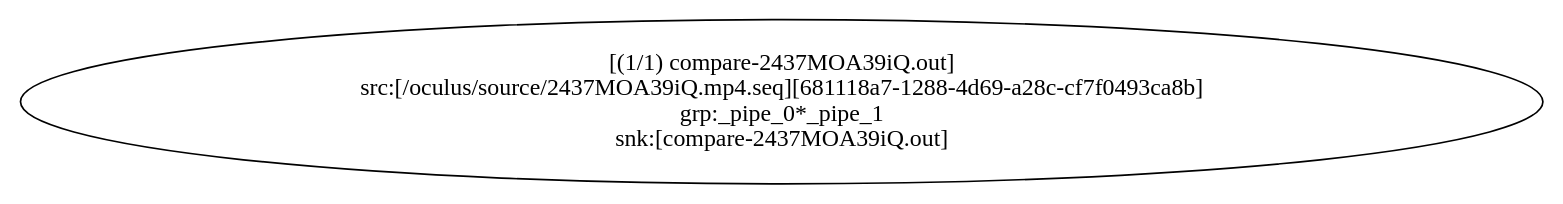
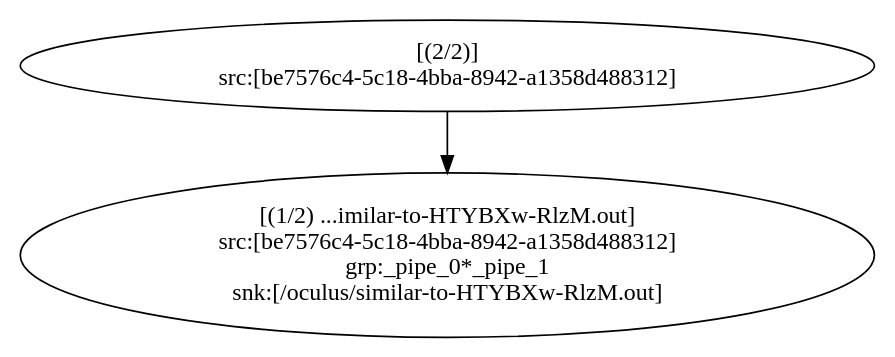
One commit to ktoso/oculus changed the diagram in pl.project13.scala.oculus.job.FindSimilarMoviesJob0_steps.dot. Above: the diagram before and after it, drawn with Graphviz. The commit also changed 1 other file, not shown here.

```diff
--- a/pl.project13.scala.oculus.job.FindSimilarMoviesJob0_steps.dot
+++ b/pl.project13.scala.oculus.job.FindSimilarMoviesJob0_steps.dot
@@ -1,3 +1,5 @@
 digraph G {
-  1 [label = "[(1/1) compare-2437MOA39iQ.out]\nsrc:[/oculus/source/2437MOA39iQ.mp4.seq][681118a7-1288-4d69-a28c-cf7f0493ca8b]\ngrp:_pipe_0*_pipe_1\nsnk:[compare-2437MOA39iQ.out]"];
+  1 [label = "[(1/2) ...imilar-to-HTYBXw-RlzM.out]\nsrc:[be7576c4-5c18-4bba-8942-a1358d488312]\ngrp:_pipe_0*_pipe_1\nsnk:[/oculus/similar-to-HTYBXw-RlzM.out]"];
+  2 [label = "[(2/2)]\nsrc:[be7576c4-5c18-4bba-8942-a1358d488312]"];
+  2 -> 1;
 }
```
